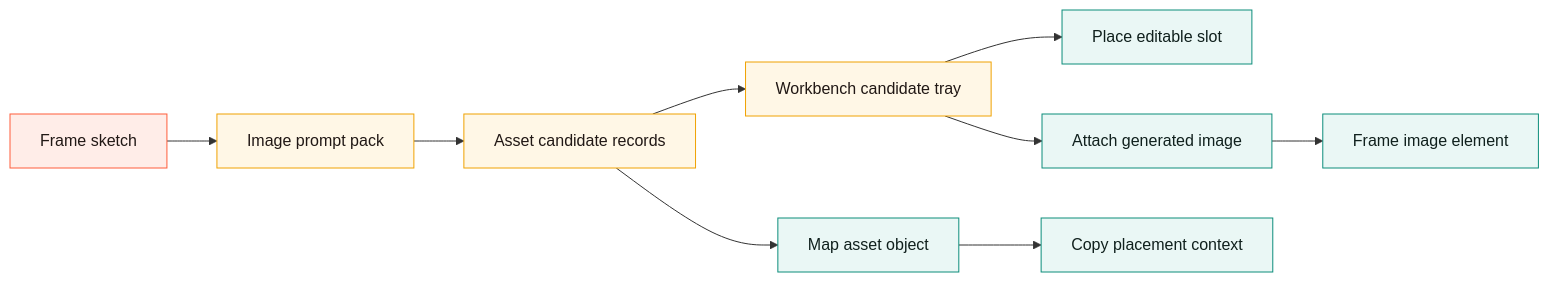
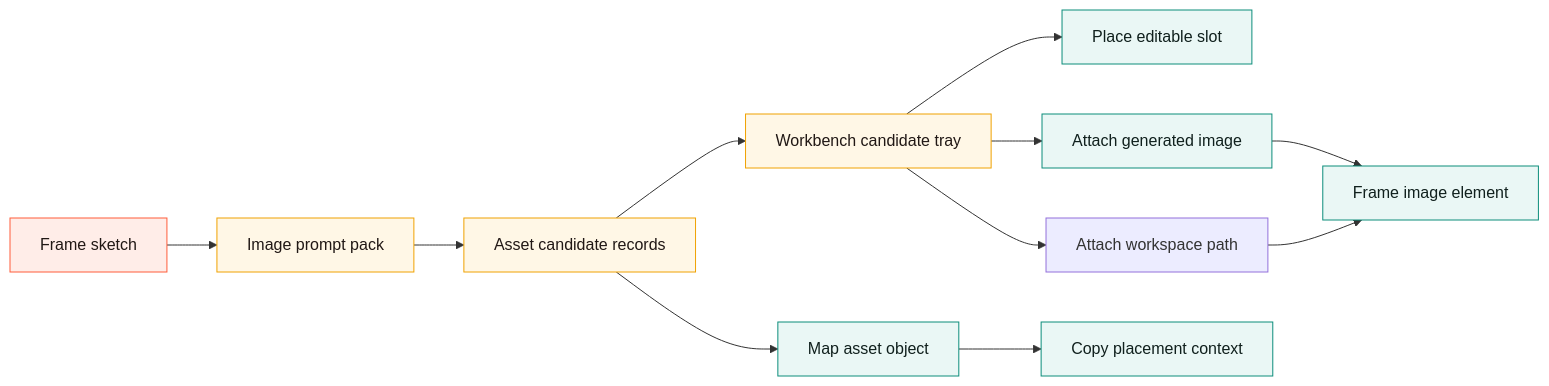
Before and after one commit to varshneydevansh/Canvax: the ninth of 11 diagrams in docs/FEATURES.md, drawn with Mermaid. The commit also changed other lines of this file and 9 other files, not shown here.

````diff
--- a/docs/FEATURES.md
+++ b/docs/FEATURES.md
@@ -850,18 +851,20 @@
 ```mermaid
 flowchart LR
     A[Frame sketch] --> B[Image prompt pack]
     B --> C[Asset candidate records]
     C --> D[Workbench candidate tray]
     D --> E[Place editable slot]
     D --> F[Attach generated image]
+    D --> J[Attach workspace path]
     F --> G[Frame image element]
+    J --> G
     C --> H[Map asset object]
     H --> I[Copy placement context]
 
     classDef sketch fill:#ffede8,stroke:#ff5d3a,color:#211815;
     classDef pack fill:#fff7e6,stroke:#f0a202,color:#211815;
     classDef image fill:#eaf7f5,stroke:#0c8d7b,color:#10201d;
     class A sketch;
     class B,C,D pack;
     class E,F,G,H,I image;
 ```
````
